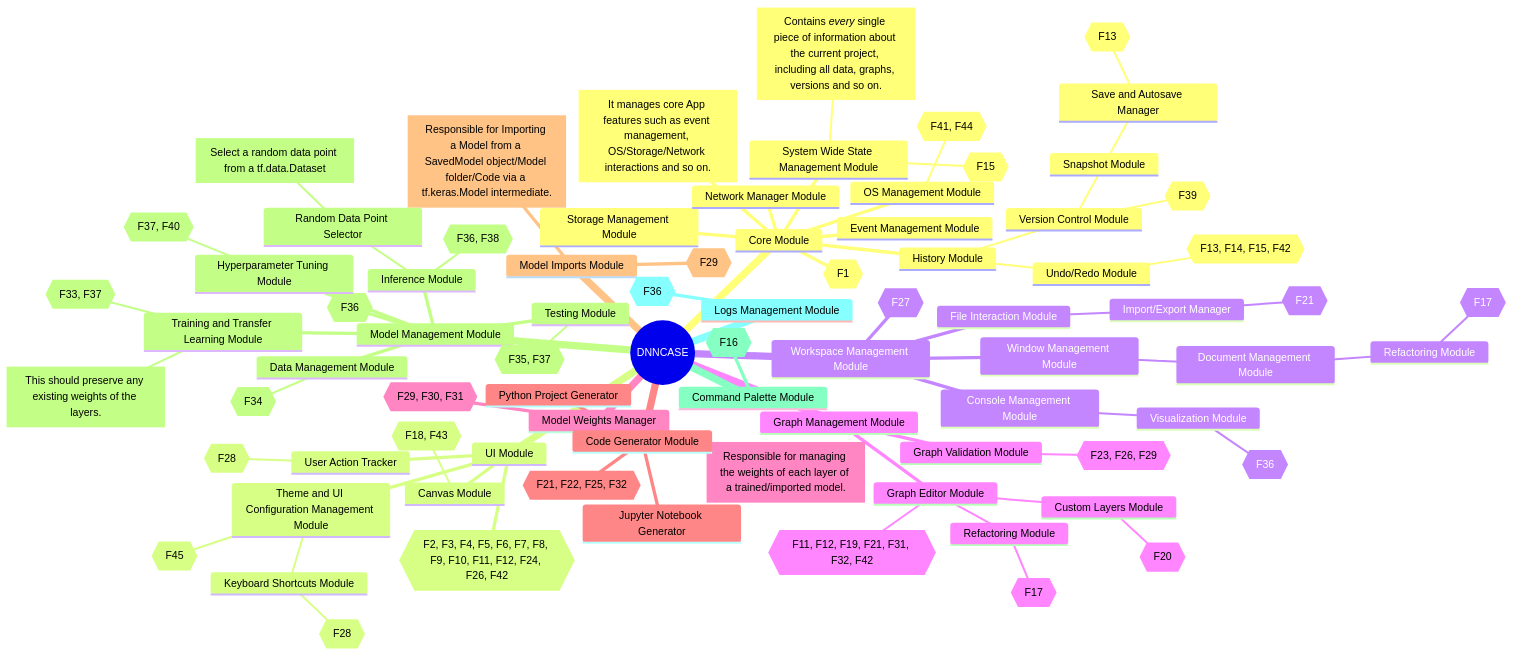
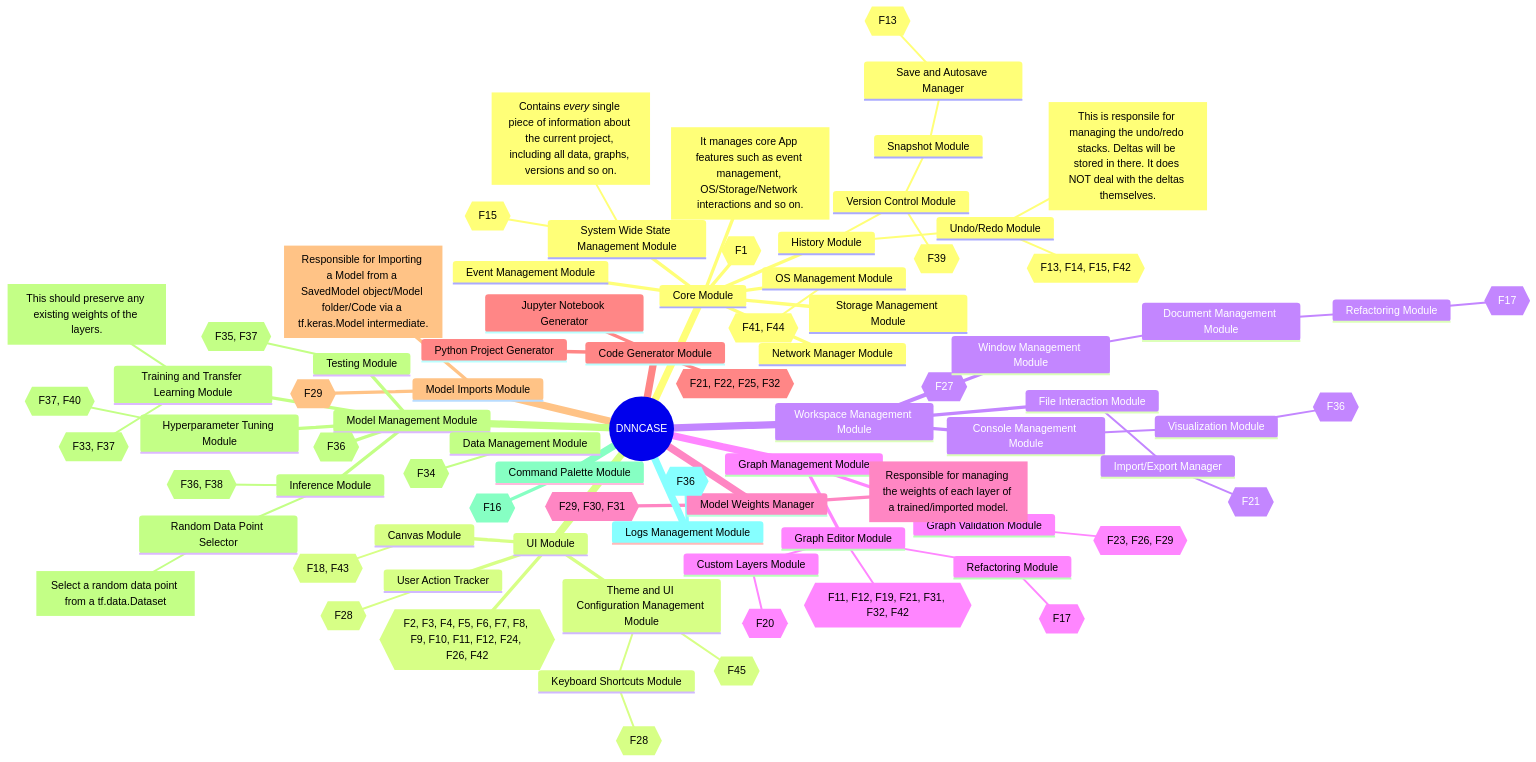
The first of 2 diagrams in Design Diagrams/Top Level Modules.md (rohan843/dnncase), drawn with Mermaid before and after one commit.

Commit message:
Update Top Level Modules.md

```diff
--- a/Design Diagrams/Top Level Modules.md
+++ b/Design Diagrams/Top Level Modules.md
@@ -88,6 +88,7 @@
                         id{{F13}}
             Undo/Redo Module
                 id{{F13, F14, F15, F42}}
+                id[This is responsile for managing the undo/redo stacks. Deltas will be stored in there. It does NOT deal with the deltas themselves.]
     UI Module
         id{{F2, F3, F4, F5, F6, F7, F8, F9, F10, F11, F12, F24, F26, F42}}
         Canvas Module
```
